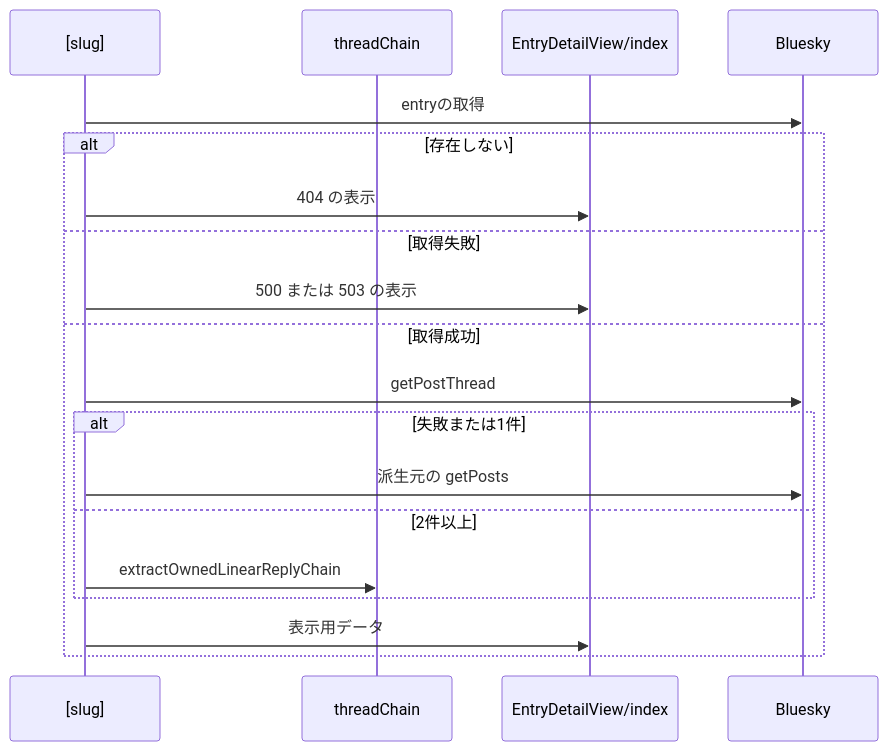
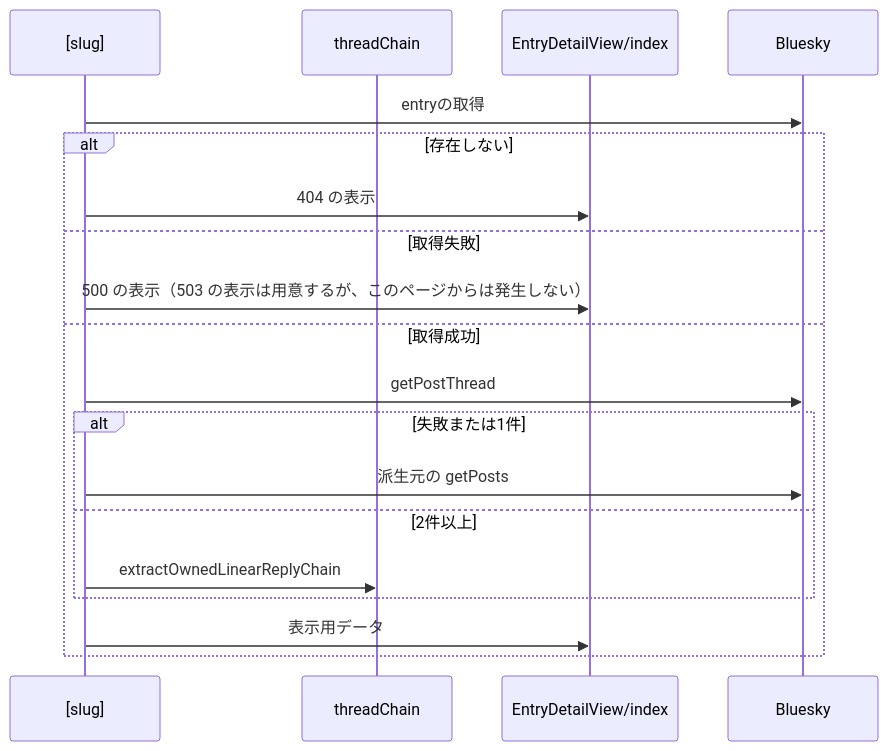
The second of 2 diagrams in .kiro/specs/entry-detail/design.md (nekono-dev/skyshare), drawn with Mermaid before and after one commit. The commit also changed other lines of this file and 57 other files, not shown here.

````diff
--- a/.kiro/specs/entry-detail/design.md
+++ b/.kiro/specs/entry-detail/design.md
@@ -85,21 +85,21 @@
 ```mermaid
 sequenceDiagram
   participant slug as [slug]
   participant threadChain
   participant edv as EntryDetailView/index
   participant ext_bsky as Bluesky
   slug->>ext_bsky: entryの取得
   alt 存在しない
     slug->>edv: 404 の表示
   else 取得失敗
-    slug->>edv: 500 または 503 の表示
+    slug->>edv: 500 の表示（503 の表示は用意するが、このページからは発生しない）
   else 取得成功
     slug->>ext_bsky: getPostThread
     alt 失敗または1件
       slug->>ext_bsky: 派生元の getPosts
     else 2件以上
       slug->>threadChain: extractOwnedLinearReplyChain
     end
     slug->>edv: 表示用データ
   end
 ```
````
